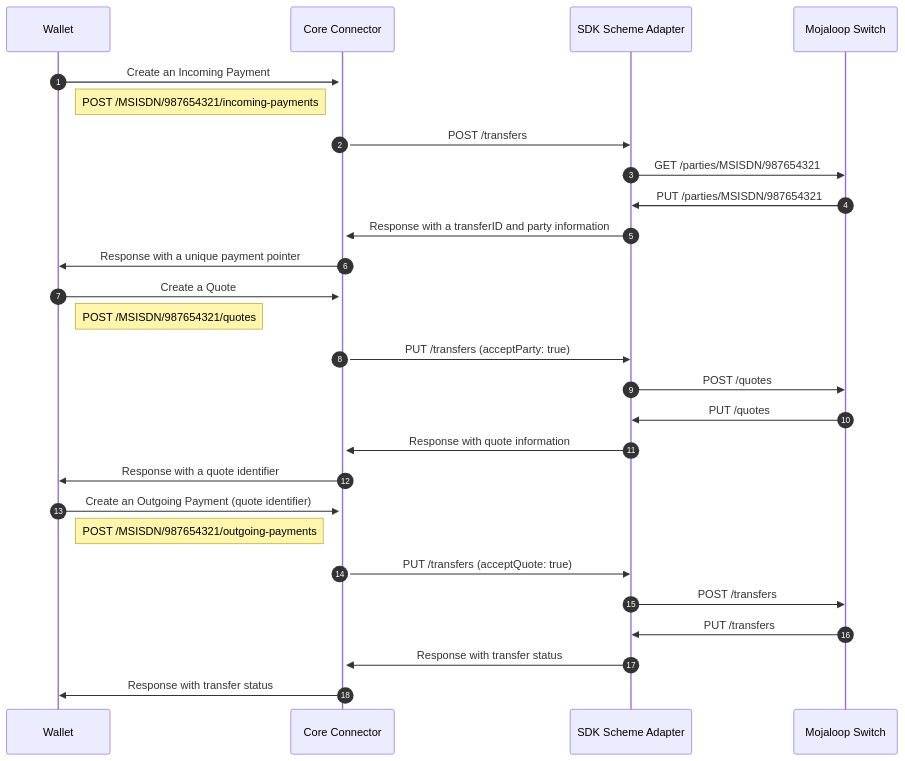
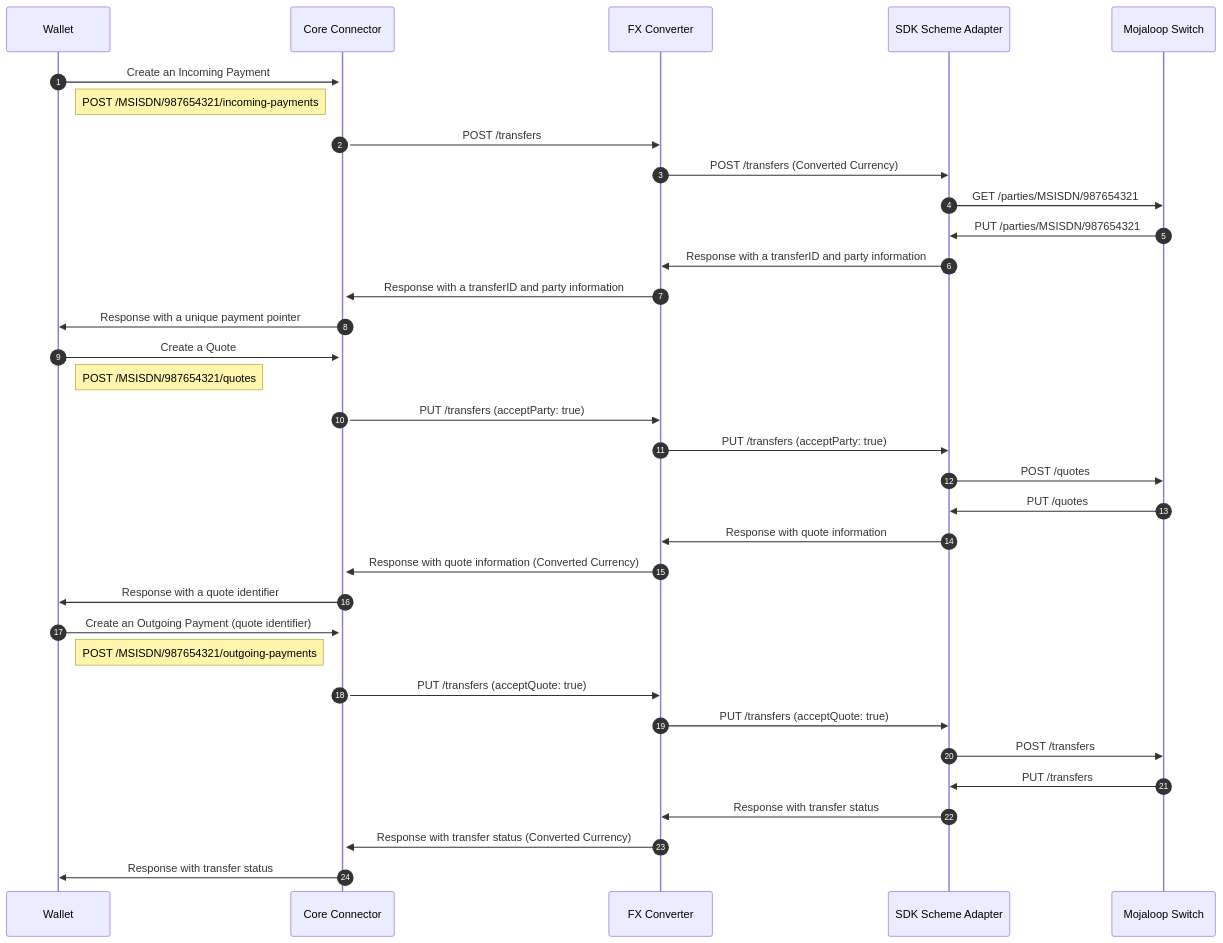
The diagram in README.md (mojaloop/sdk-core-connector-openpayments-api-svc), drawn with Mermaid before and after one commit. The commit also changed other lines of this file, not shown here.

````diff
--- a/README.md
+++ b/README.md
@@ -38,34 +27,41 @@
 ```mermaid
 sequenceDiagram
     autonumber
 
     participant Backend as Wallet
     participant CC as Core Connector
+    participant FX as FX Converter
     participant SDK as SDK Scheme Adapter
     participant Switch as Mojaloop Switch
 
     Backend->>+CC: Create an Incoming Payment
     Note right of Backend: POST /MSISDN/987654321/incoming-payments
-    CC->>SDK: POST /transfers
+    CC->>FX: POST /transfers
+    FX->>SDK: POST /transfers (Converted Currency)
     SDK->>Switch: GET /parties/MSISDN/987654321
     Switch->>SDK: PUT /parties/MSISDN/987654321
-    SDK->>CC: Response with a transferID and party information
+    SDK->>FX: Response with a transferID and party information
+    FX->>CC: Response with a transferID and party information
     CC->>Backend: Response with a unique payment pointer
 
     Backend->>CC: Create a Quote
     Note right of Backend: POST /MSISDN/987654321/quotes
-    CC->>SDK: PUT /transfers (acceptParty: true)
+    CC->>FX: PUT /transfers (acceptParty: true)
+    FX->>SDK: PUT /transfers (acceptParty: true)
     SDK->>Switch: POST /quotes
     Switch->>SDK: PUT /quotes
-    SDK->>CC: Response with quote information
+    SDK->>FX: Response with quote information
+    FX->>CC: Response with quote information (Converted Currency)
     CC->>Backend: Response with a quote identifier
 
     Backend->>CC: Create an Outgoing Payment (quote identifier)
     Note right of Backend: POST /MSISDN/987654321/outgoing-payments
-    CC->>SDK: PUT /transfers (acceptQuote: true)
+    CC->>FX: PUT /transfers (acceptQuote: true)
+    FX->>SDK: PUT /transfers (acceptQuote: true)
     SDK->>Switch: POST /transfers
     Switch->>SDK: PUT /transfers
-    SDK->>CC: Response with transfer status
+    SDK->>FX: Response with transfer status
+    FX->>CC: Response with transfer status (Converted Currency)
     CC->>Backend: Response with transfer status
 
 ```
````
